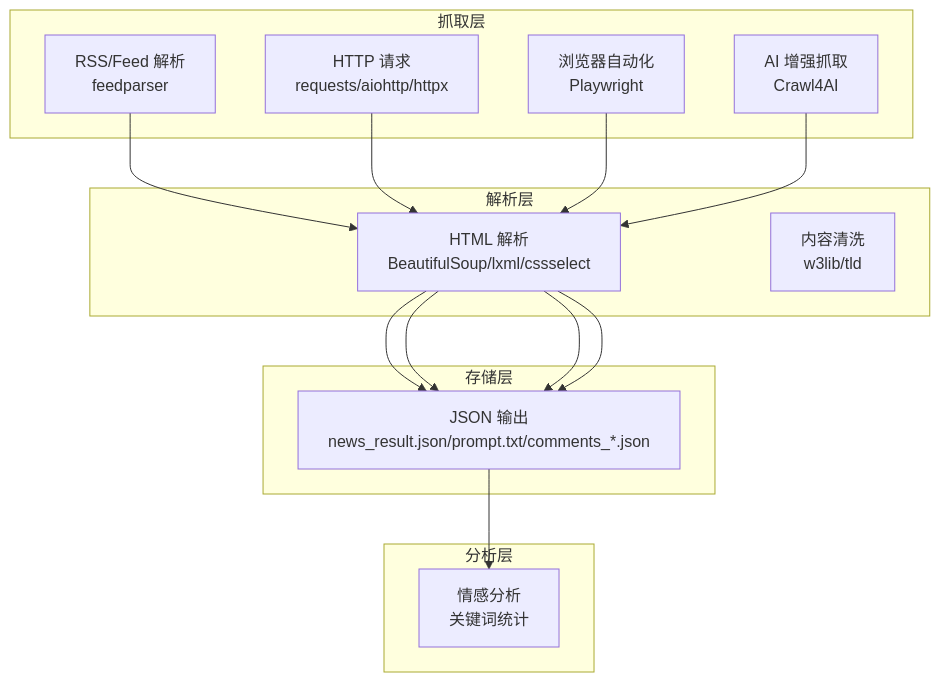
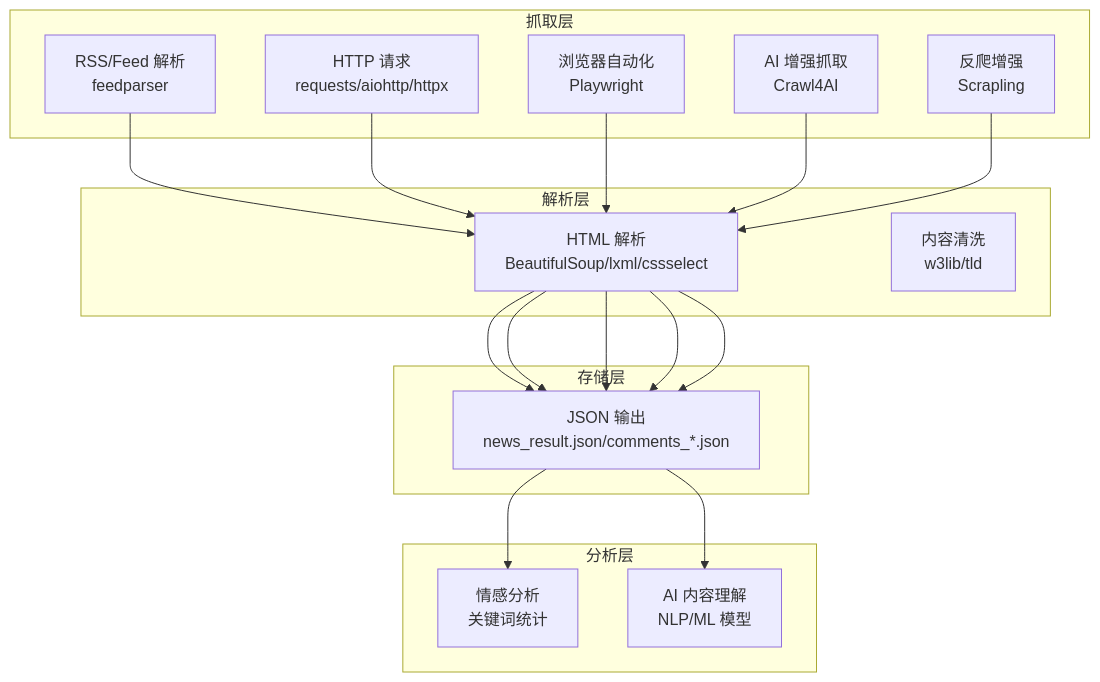
One commit to jy2360136/redbook changed the second of 5 diagrams in .qoder/repowiki/zh/content/配置与部署.md. Above: the diagram before and after it, drawn with Mermaid. The commit also changed other lines of this file and 33 other files, not shown here.

````diff
--- a/.qoder/repowiki/zh/content/配置与部署.md
+++ b/.qoder/repowiki/zh/content/配置与部署.md
@@ -89,24 +96,28 @@
 ```mermaid
 graph TB
 subgraph "抓取层"
 S1["RSS/Feed 解析<br/>feedparser"]
 S2["HTTP 请求<br/>requests/aiohttp/httpx"]
 S3["浏览器自动化<br/>Playwright"]
 S4["AI 增强抓取<br/>Crawl4AI"]
+S5["反爬增强<br/>Scrapling"]
 end
 subgraph "解析层"
 P1["HTML 解析<br/>BeautifulSoup/lxml/cssselect"]
 P2["内容清洗<br/>w3lib/tld"]
 end
 subgraph "存储层"
-O1["JSON 输出<br/>news_result.json/prompt.txt/comments_*.json"]
+O1["JSON 输出<br/>news_result.json/comments_*.json"]
 end
 subgraph "分析层"
 A1["情感分析<br/>关键词统计"]
+A2["AI 内容理解<br/>NLP/ML 模型"]
 end
 S1 --> P1 --> O1
 S2 --> P1 --> O1
 S3 --> P1 --> O1
 S4 --> P1 --> O1
+S5 --> P1 --> O1
 O1 --> A1
+O1 --> A2
 ```
````
